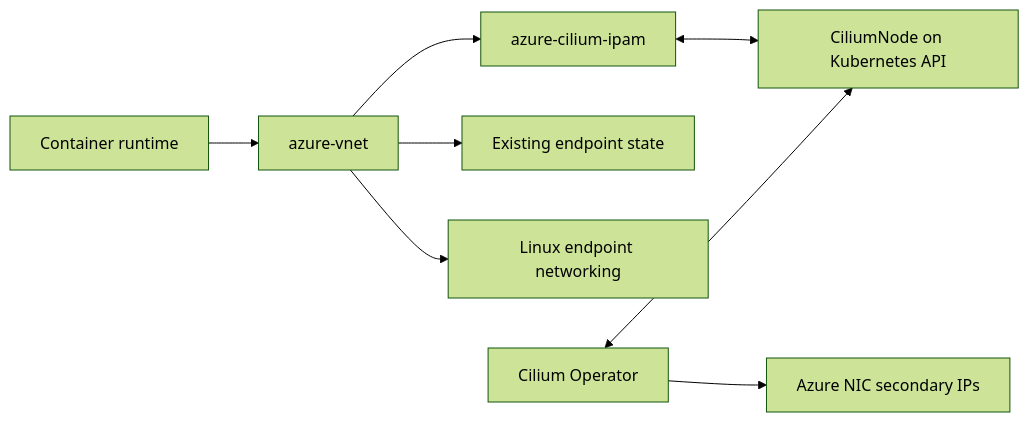
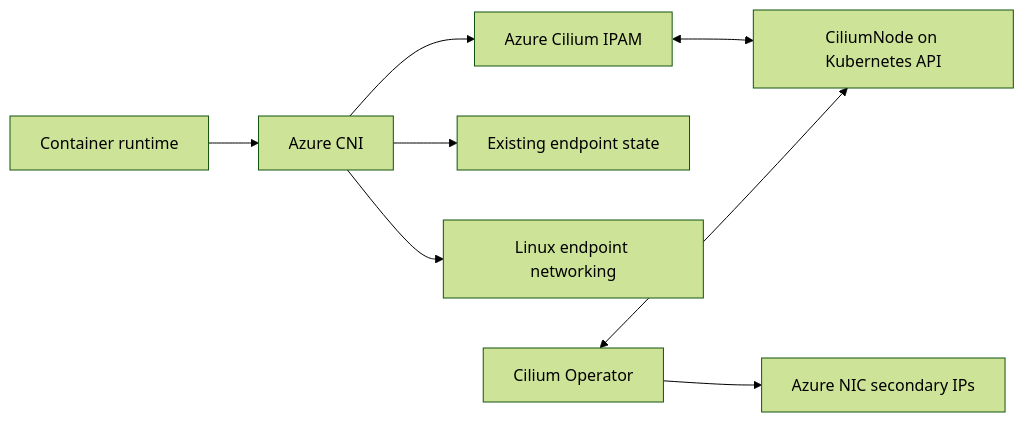
The first of 9 diagrams in docs/cilium-operator-ipam.md (Azure/azure-container-networking), drawn with Mermaid (forest theme) before and after one commit. The commit also changed other lines of this file, not shown here.

First line of the commit message:
Use component names in IPAM design diagrams

````diff
--- a/docs/cilium-operator-ipam.md
+++ b/docs/cilium-operator-ipam.md
@@ -16,10 +20,10 @@
 ```mermaid
 flowchart LR
-    R[Container runtime] --> C[azure-vnet]
-    C --> I[azure-cilium-ipam]
+    R[Container runtime] --> C[Azure CNI]
+    C --> I[Azure Cilium IPAM]
     C --> E[Existing endpoint state]
     C --> L[Linux endpoint networking]
     I <--> K[CiliumNode on Kubernetes API]
     O[Cilium Operator] <--> K
     O --> A[Azure NIC secondary IPs]
 ```
````
